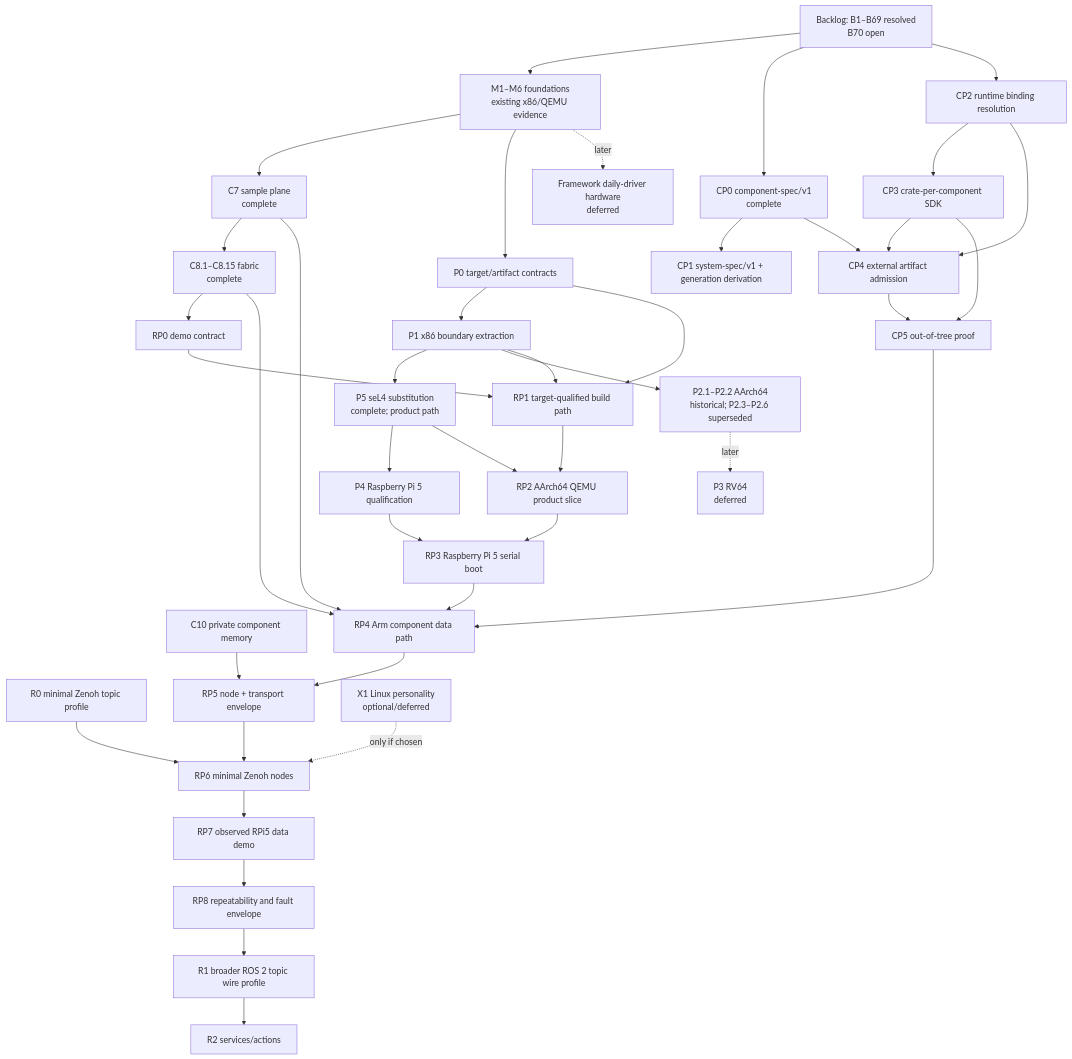
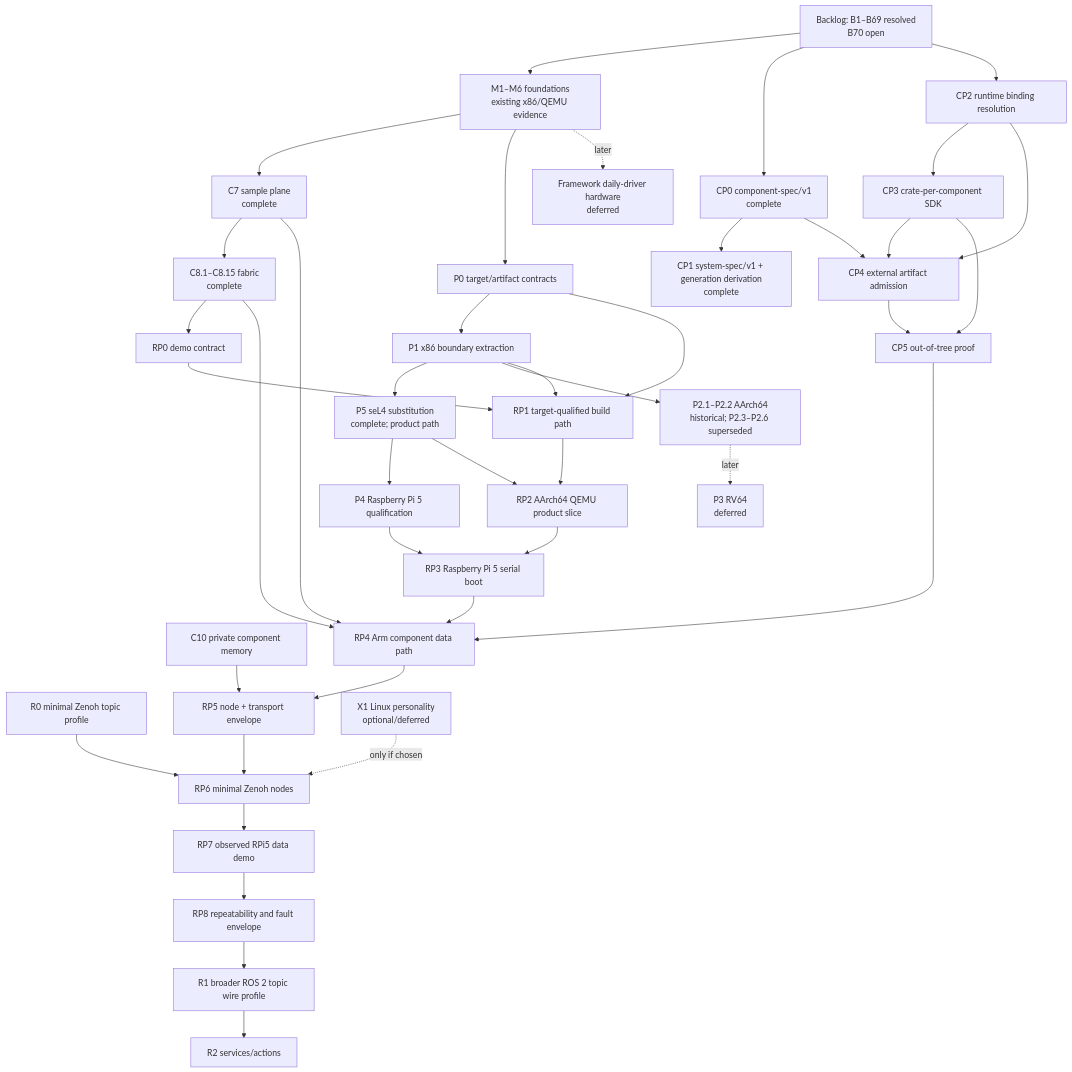
The diagram in roadmap/README.md (iceice666/slime_os), drawn with Mermaid before and after one commit. The commit also changed other lines of this file and 4 other files, not shown here.

First line of the commit message:
docs(roadmap/cp1): record CP1 complete and its evidence

````diff
--- a/roadmap/README.md
+++ b/roadmap/README.md
@@ -45,63 +45,63 @@
 ```mermaid
 flowchart TD
     Backlog["Backlog: B1–B69 resolved\nB70 open"]
     Foundations["M1–M6 foundations\nexisting x86/QEMU evidence"]
     C7["C7 sample plane\ncomplete"]
     C8["C8.1–C8.15 fabric\ncomplete"]
     P0["P0 target/artifact contracts"]
     P1["P1 x86 boundary extraction"]
     P2["P2.1–P2.2 AArch64\nhistorical; P2.3–P2.6 superseded"]
     P5["P5 seL4 substitution\ncomplete; product path"]
     P4["P4 Raspberry Pi 5 qualification"]
     C10["C10 private component memory"]
     CP0["CP0 component-spec/v1\ncomplete"]
-    CP1["CP1 system-spec/v1 + generation derivation"]
+    CP1["CP1 system-spec/v1 + generation derivation\ncomplete"]
     CP2["CP2 runtime binding resolution"]
     CP3["CP3 crate-per-component SDK"]
     CP4["CP4 external artifact admission"]
     CP5["CP5 out-of-tree proof"]
     R0["R0 minimal Zenoh topic profile"]
     RP0["RP0 demo contract"]
     RP1["RP1 target-qualified build path"]
     RP2["RP2 AArch64 QEMU product slice"]
     RP3["RP3 Raspberry Pi 5 serial boot"]
     RP4["RP4 Arm component data path"]
     RP5["RP5 node + transport envelope"]
     RP6["RP6 minimal Zenoh nodes"]
     RP7["RP7 observed RPi5 data demo"]
     RP8["RP8 repeatability and fault envelope"]
     R1["R1 broader ROS 2 topic wire profile"]
     R2["R2 services/actions"]
     Framework["Framework daily-driver hardware\ndeferred"]
     RV64["P3 RV64\ndeferred"]
     X1["X1 Linux personality\noptional/deferred"]
 
     Backlog --> Foundations
     Foundations --> C7 --> C8
     Foundations --> P0 --> P1 --> P5 --> P4
     P1 --> P2
     C8 --> RP0
     P0 --> RP1
     P1 --> RP1
     RP0 --> RP1 --> RP2 --> RP3 --> RP4 --> RP5 --> RP6 --> RP7 --> RP8
     P5 --> RP2
     P4 --> RP3
     C7 --> RP4
     C8 --> RP4
     Backlog --> CP0
     Backlog --> CP2
     CP0 --> CP1
     CP2 --> CP3
     CP0 --> CP4
     CP2 --> CP4
     CP3 --> CP4
     CP3 --> CP5
     CP4 --> CP5
     CP5 --> RP4
     C10 --> RP5
     R0 --> RP6
     X1 -.->|only if chosen| RP6
     RP8 --> R1 --> R2
     P2 -.->|later| RV64
     Foundations -.->|later| Framework
 ```
````
